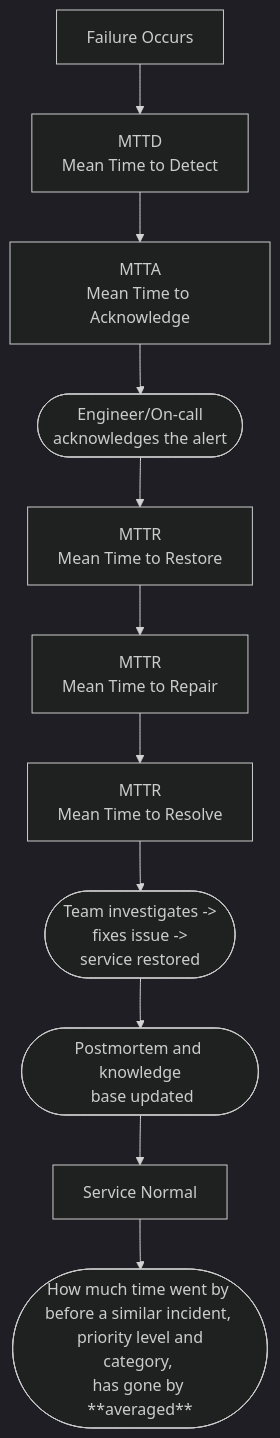
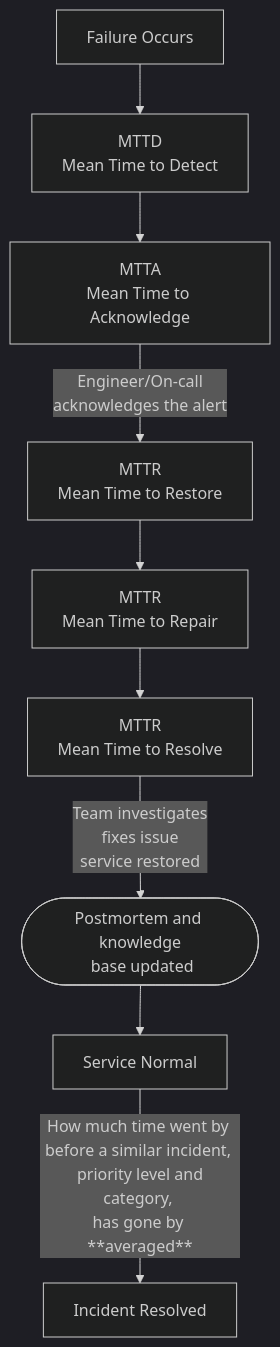
One commit to DHunnicuttSG/SRE changed the diagram in ITSM/3.4.4-Incident_Lifecycle_Timeline.md. Above: the diagram before and after it, drawn with Mermaid (dark theme). The commit also changed 7 other files, not shown here.

````diff
--- a/ITSM/3.4.4-Incident_Lifecycle_Timeline.md
+++ b/ITSM/3.4.4-Incident_Lifecycle_Timeline.md
@@ -5,14 +5,12 @@
 ```mermaid
 flowchart TD
     A[Failure Occurs] --> B[MTTD<br/>Mean Time to Detect]
     B --> C[MTTA<br/>Mean Time to Acknowledge]
-    C --> D([Engineer/On-call<br>acknowledges the alert])
-    D --> E[MTTR<br/>Mean Time to Restore]
-    E --> F[MTTR<br/>Mean Time to Repair]
-    F --> G[MTTR<br/>Mean Time to Resolve]
-    G --> H([Team investigates -> <br/>fixes issue -> <br/>service restored])
-    H --> I([Postmortem and knowledge<br/> base updated])
-    I --> J[Service Normal]
-    J --> K([How much time went by <br/>before a similar incident, <br/> priority level and category, <br/>has gone by **averaged**])
+    C -->|Engineer/On-call<br>acknowledges the alert| D[MTTR<br/>Mean Time to Restore]
+    D --> E[MTTR<br/>Mean Time to Repair]
+    E --> F[MTTR<br/>Mean Time to Resolve]
+    F --> |Team investigates<br/>fixes issue<br/>service restored| G([Postmortem and knowledge<br/> base updated])
+    G --> H[Service Normal]
+    H --> |How much time went by <br/>before a similar incident, <br/> priority level and category, <br/>has gone by **averaged**|I[Incident Resolved]
 
 ```
````
